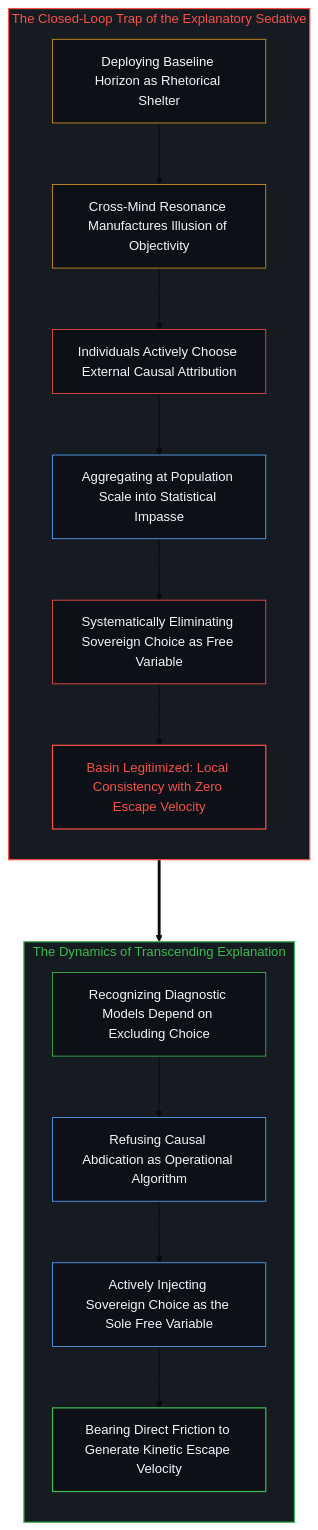
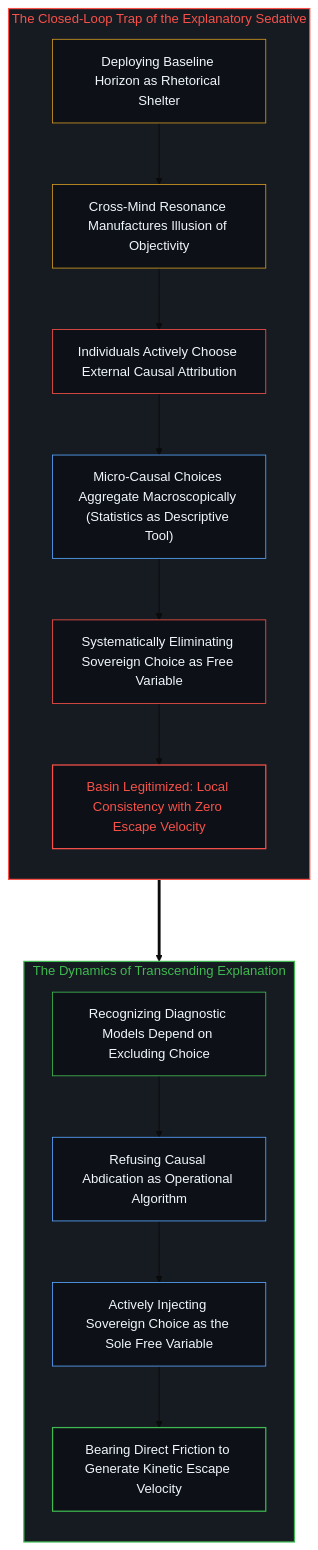
The second of 10 diagrams in content/posts/the-explanatory-trap-of-the-ordinary-perspective.md (powerpig99/not-a-toe), drawn with Mermaid (base theme) before and after one commit. The commit also changed other lines of this file and 4 other files, not shown here.

Commit message:
Refine Post #336: Clarify causal primacy and statistics as an epistemic tool

````diff
--- a/content/posts/the-explanatory-trap-of-the-ordinary-perspective.md
+++ b/content/posts/the-explanatory-trap-of-the-ordinary-perspective.md
@@ -53,33 +53,33 @@
 ```mermaid
 graph TD
     subgraph S_ExplanatorySedative_EN ["The Closed-Loop Trap of the Explanatory Sedative"]
         direction TB
         EE_Trope["Deploying Baseline Horizon as Rhetorical Shelter"] --> EE_Resonance["Cross-Mind Resonance Manufactures Illusion of Objectivity"]
         EE_Resonance --> EE_Attribution["Individuals Actively Choose External Causal Attribution"]
-        EE_Attribution --> EE_Macro["Aggregating at Population Scale into Statistical Impasse"]
+        EE_Attribution --> EE_Macro["Micro-Causal Choices Aggregate Macroscopically (Statistics as Descriptive Tool)"]
         EE_Macro --> EE_Filter["Systematically Eliminating Sovereign Choice as Free Variable"]
         EE_Filter --> EE_Lock["Basin Legitimized: Local Consistency with Zero Escape Velocity"]
     end
 
     subgraph S_EscapeBreakthrough_EN ["The Dynamics of Transcending Explanation"]
         direction TB
         BE_Recognize["Recognizing Diagnostic Models Depend on Excluding Choice"] --> BE_Refuse["Refusing Causal Abdication as Operational Algorithm"]
         BE_Refuse --> BE_Inject["Actively Injecting Sovereign Choice as the Sole Free Variable"]
         BE_Inject --> BE_Thrust["Bearing Direct Friction to Generate Kinetic Escape Velocity"]
     end
 
     EE_Lock ===> BE_Recognize
 
     style S_ExplanatorySedative_EN fill:#161b22,stroke:#f85149,stroke-width:1.5px,color:#f85149
     style S_EscapeBreakthrough_EN fill:#161b22,stroke:#3fb950,stroke-width:1.5px,color:#3fb950
     style EE_Trope fill:#0d1117,stroke:#d29922,stroke-width:1px,color:#f0f6fc
     style EE_Resonance fill:#0d1117,stroke:#d29922,stroke-width:1px,color:#f0f6fc
     style EE_Attribution fill:#0d1117,stroke:#f85149,stroke-width:1px,color:#f0f6fc
     style EE_Macro fill:#0d1117,stroke:#58a6ff,stroke-width:1px,color:#f0f6fc
     style EE_Filter fill:#0d1117,stroke:#f85149,stroke-width:1px,color:#f0f6fc
     style EE_Lock fill:#0d1117,stroke:#f85149,stroke-width:1.5px,color:#f85149
     style BE_Recognize fill:#0d1117,stroke:#3fb950,stroke-width:1px,color:#f0f6fc
     style BE_Refuse fill:#0d1117,stroke:#58a6ff,stroke-width:1px,color:#f0f6fc
     style BE_Inject fill:#0d1117,stroke:#58a6ff,stroke-width:1px,color:#f0f6fc
     style BE_Thrust fill:#0d1117,stroke:#3fb950,stroke-width:1.5px,color:#f0f6fc
 ```
````
